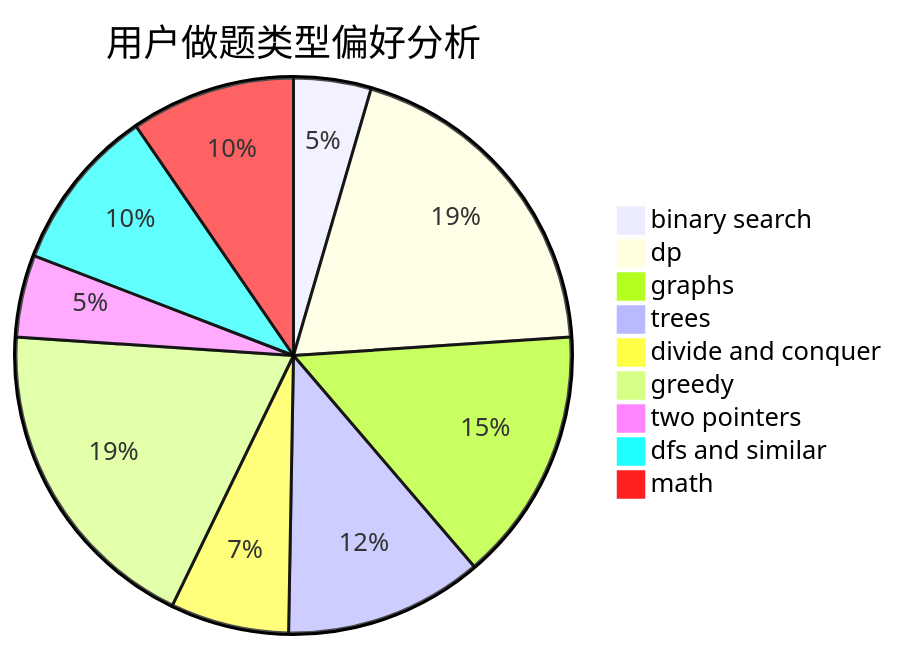
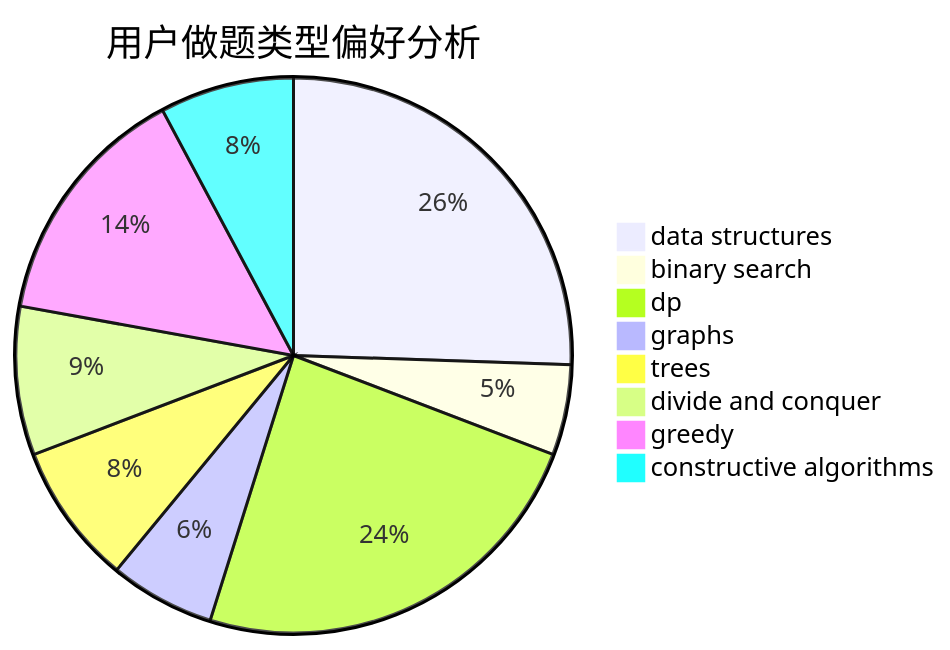
One commit to sherpahu/cfrs.github.io changed the second of 3 diagrams in docs/user/u2059.md. Above: the diagram before and after it, drawn with Mermaid. The commit also changed other lines of this file and 2775 other files, not shown here.

````diff
--- a/docs/user/u2059.md
+++ b/docs/user/u2059.md
@@ -23,12 +23,11 @@
 ```mermaid
 pie title 用户做题类型偏好分析
-    "binary search" :  32
-    "dp" :  138
-    "graphs" :  105
-    "trees" :  82
-    "divide and conquer" :  49
-    "greedy" :  134
-    "two pointers" :  34
-    "dfs and similar" :  68
-    "math" :  68
+    "data structures" :  121
+    "binary search" :  25
+    "dp" :  114
+    "graphs" :  29
+    "trees" :  39
+    "divide and conquer" :  41
+    "greedy" :  68
+    "constructive algorithms" :  37
 ```
````
